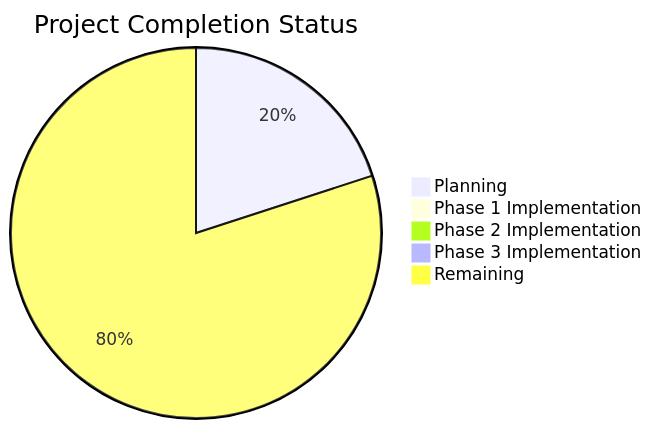
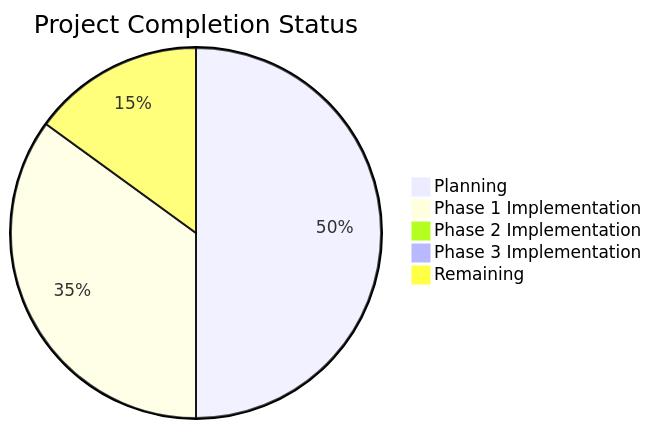
Before and after one commit to rsaiprasad/chessvision: the diagram in memory-bank/progress.md, drawn with Mermaid. The commit also changed other lines of this file, not shown here.

````diff
--- a/memory-bank/progress.md
+++ b/memory-bank/progress.md
@@ -5,8 +5,8 @@
 ```mermaid
 pie title Project Completion Status
-    "Planning" : 20
-    "Phase 1 Implementation" : 0
+    "Planning" : 100
+    "Phase 1 Implementation" : 70
     "Phase 2 Implementation" : 0
     "Phase 3 Implementation" : 0
-    "Remaining" : 80
+    "Remaining" : 30
 ```
````
